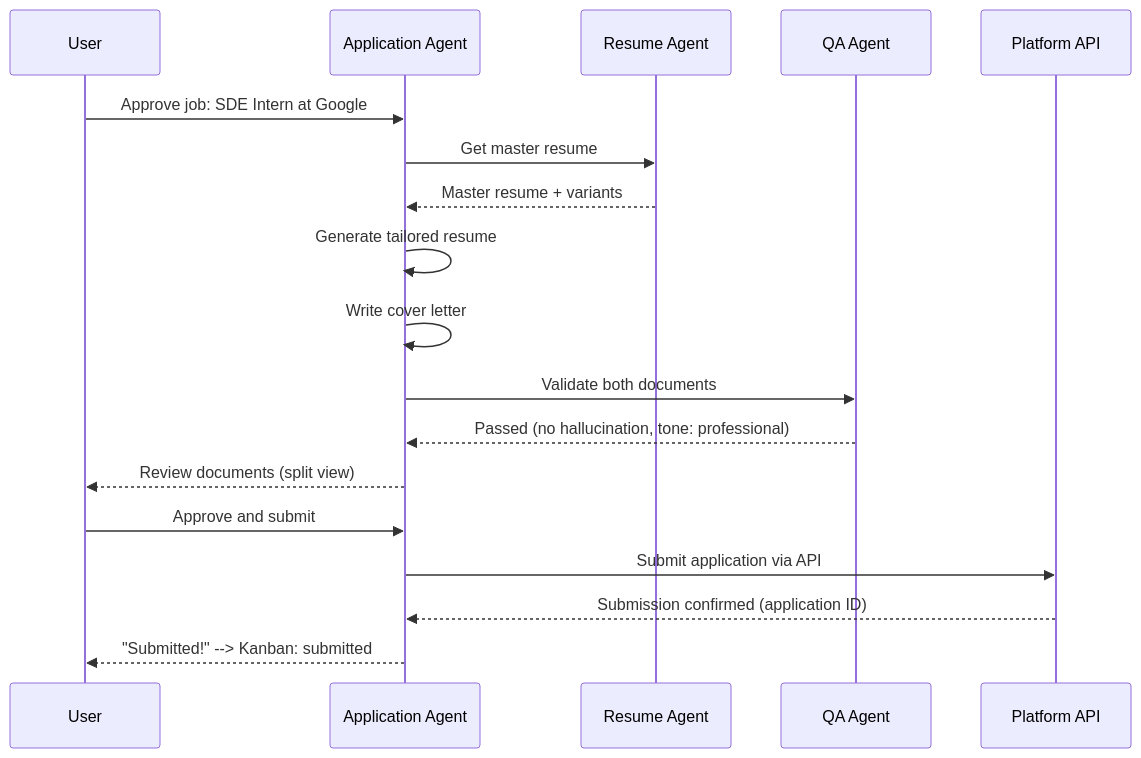
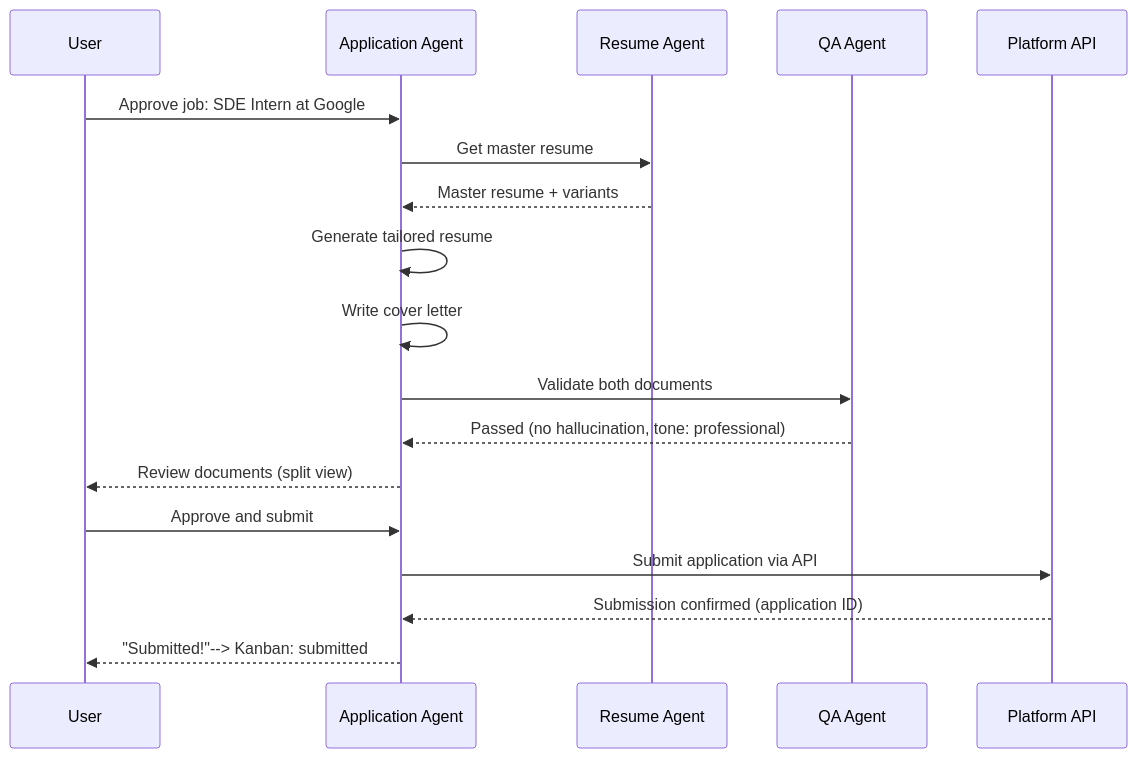
One commit to Driftloom/Vaeloom changed the second of 2 diagrams in docs/product/Feature-Specs/Tailored-Applications.md. Above: the diagram before and after it, drawn with Mermaid. The commit also changed other lines of this file and 694 other files, not shown here.

First line of the commit message:
docs: mermaid standardization — encoding/mermaid/duplicate cleanup

````diff
--- a/docs/product/Feature-Specs/Tailored-Applications.md
+++ b/docs/product/Feature-Specs/Tailored-Applications.md
@@ -244,21 +244,21 @@
 ```mermaid
 sequenceDiagram
-    participant U as User
-    participant AA as Application Agent
-    participant RA as Resume Agent
-    participant QA as QA Agent
-    participant PL as Platform API
+ participant U as User
+ participant AA as Application Agent
+ participant RA as Resume Agent
+ participant QA as QA Agent
+ participant PL as Platform API
 
-    U->>AA: Approve job: SDE Intern at Google
-    AA->>RA: Get master resume
-    RA-->>AA: Master resume + variants
-    AA->>AA: Generate tailored resume
-    AA->>AA: Write cover letter
-    AA->>QA: Validate both documents
-    QA-->>AA: Passed (no hallucination, tone: professional)
-    AA-->>U: Review documents (split view)
-    U->>AA: Approve and submit
-    AA->>PL: Submit application via API
-    PL-->>AA: Submission confirmed (application ID)
-    AA-->>U: "Submitted!" --> Kanban: submitted
+ U->>AA: Approve job: SDE Intern at Google
+ AA->>RA: Get master resume
+ RA-->>AA: Master resume + variants
+ AA->>AA: Generate tailored resume
+ AA->>AA: Write cover letter
+ AA->>QA: Validate both documents
+ QA-->>AA: Passed (no hallucination, tone: professional)
+ AA-->>U: Review documents (split view)
+ U->>AA: Approve and submit
+ AA->>PL: Submit application via API
+ PL-->>AA: Submission confirmed (application ID)
+ AA-->>U: "Submitted!"--> Kanban: submitted
 ```
````
